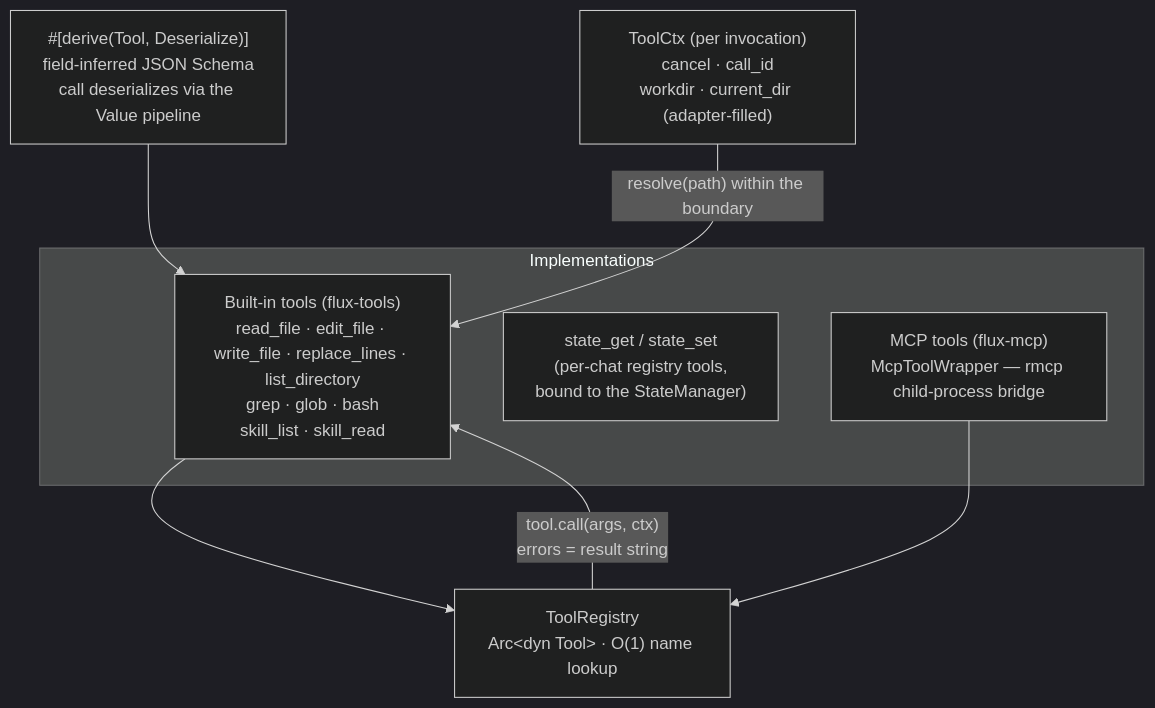
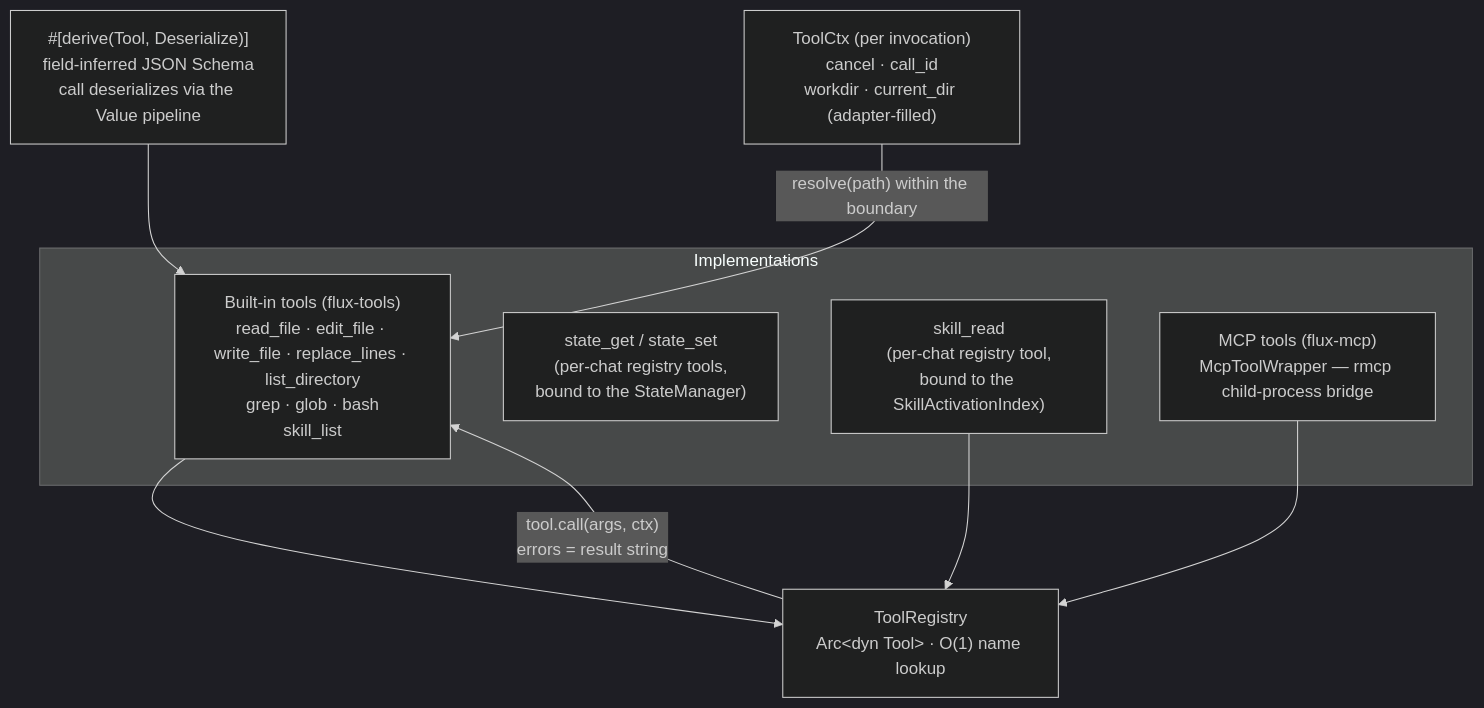
One commit to km0e/flux changed the fifth of 8 diagrams in docs/architecture-en.md. Above: the diagram before and after it, drawn with Mermaid (dark theme). The commit also changed other lines of this file and 75 other files, not shown here.

````diff
--- a/docs/architecture-en.md
+++ b/docs/architecture-en.md
@@ -236,16 +236,18 @@
 ```mermaid
 graph TB
  MACRO["#[derive(Tool, Deserialize)]<br/>field-inferred JSON Schema<br/>call deserializes via the Value pipeline"]
  subgraph IMPL["Implementations"]
- BUILTIN["Built-in tools (flux-tools)<br/>read_file · edit_file · write_file · replace_lines · list_directory<br/>grep · glob · bash<br/>skill_list · skill_read"]
+ BUILTIN["Built-in tools (flux-tools)<br/>read_file · edit_file · write_file · replace_lines · list_directory<br/>grep · glob · bash<br/>skill_list"]
  STATE["state_get / state_set<br/>(per-chat registry tools,<br/>bound to the StateManager)"]
+ SKILL["skill_read<br/>(per-chat registry tool,<br/>bound to the SkillActivationIndex)"]
  MCPT["MCP tools (flux-mcp)<br/>McpToolWrapper — rmcp child-process bridge"]
  end
  REG["ToolRegistry<br/>Arc&lt;dyn Tool&gt; · O(1) name lookup"]
  CTX["ToolCtx (per invocation)<br/>cancel · call_id<br/>workdir · current_dir (adapter-filled)"]
  MACRO --> BUILTIN
  BUILTIN --> REG
+ SKILL --> REG
  MCPT --> REG
  REG -->|"tool.call(args, ctx)<br/>errors = result string"| BUILTIN
  CTX -->|"resolve(path) within the boundary"| BUILTIN
 ```
````
